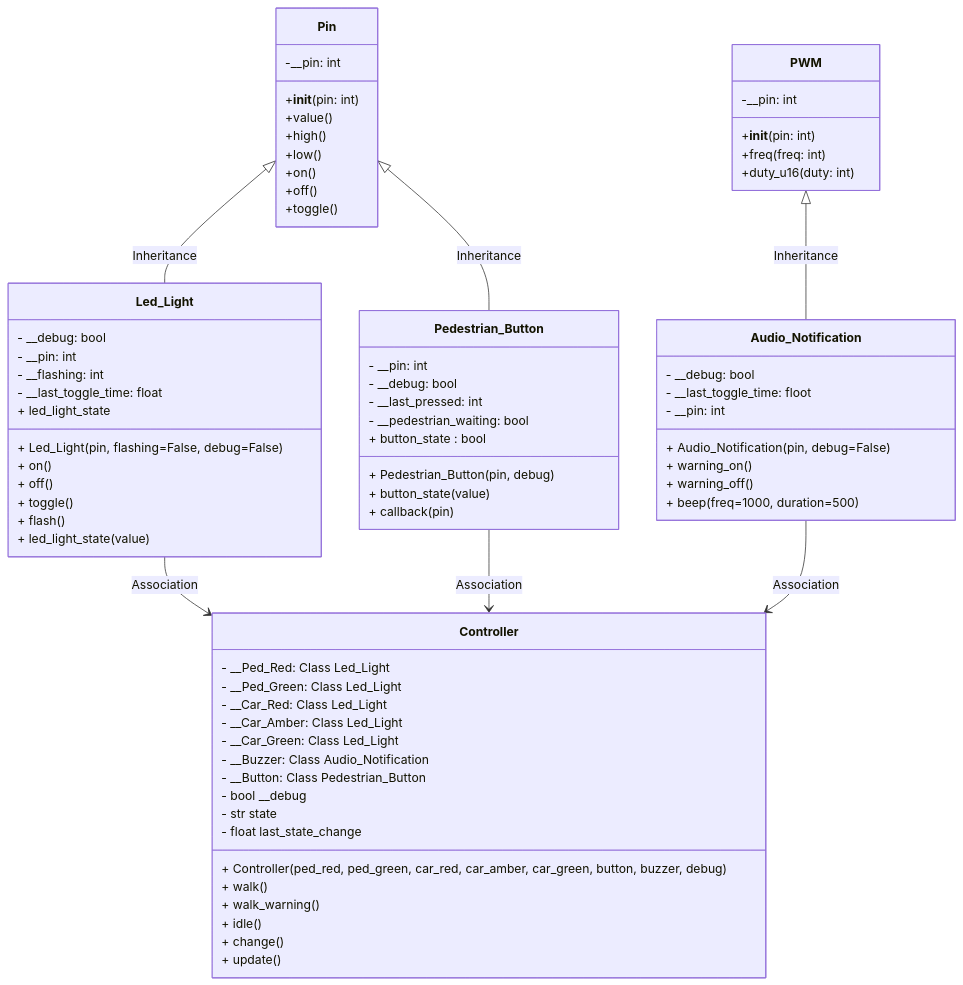
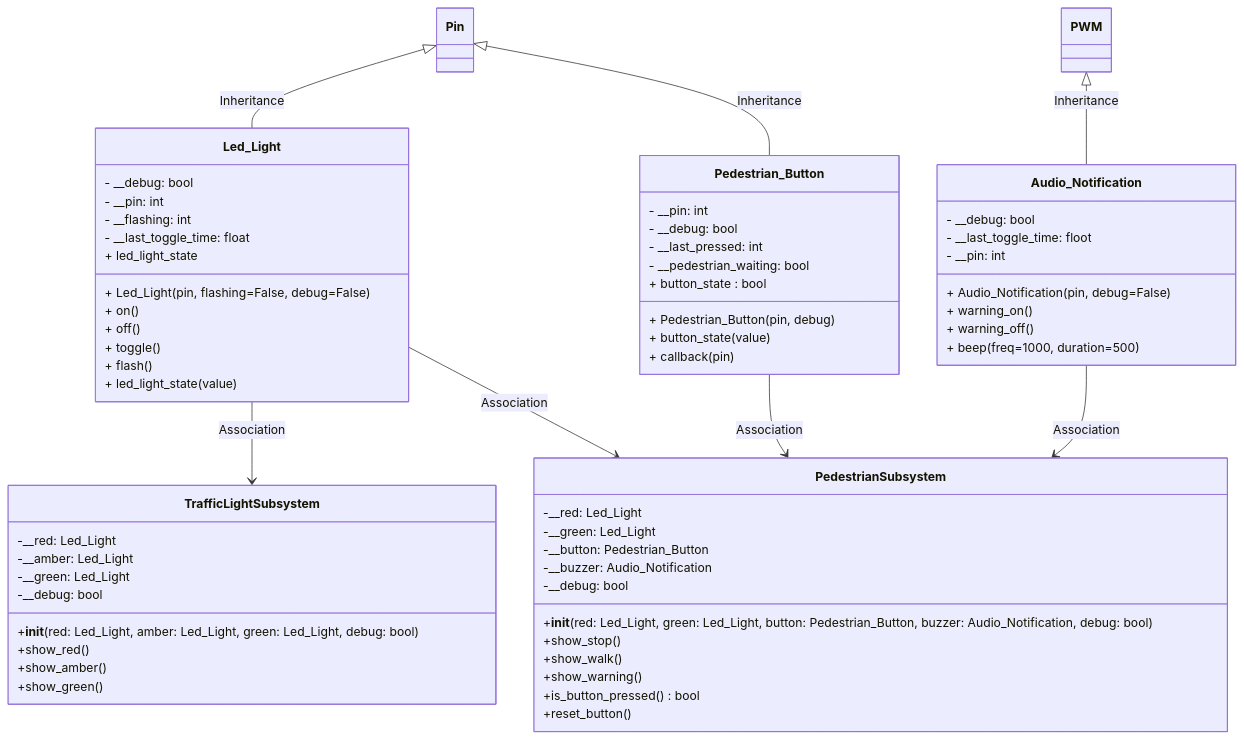
The second of 2 diagrams in tutorials/Lecture6.md (TempeHS/MicroPython_OOP_Pi_Pico_Mini_Project_Source), drawn with Mermaid before and after one commit. The commit also changed other lines of this file and 8 other files, not shown here.

````diff
--- a/tutorials/Lecture6.md
+++ b/tutorials/Lecture6.md
@@ -67,82 +69,75 @@
 ```mermaid
 classDiagram
     class Pin {
-        -__pin: int
-        +__init__(pin: int)
-        +value()
-        +high()
-        +low()
-        +on()
-        +off()
-        +toggle()
     }
 
     class PWM {
-        -__pin: int
-        +__init__(pin: int)
-        +freq(freq: int)
-        +duty_u16(duty: int)
     }
 
     class Audio_Notification {
         - __debug: bool
         - __last_toggle_time: floot
         - __pin: int
         + Audio_Notification(pin, debug=False)
         + warning_on()
         + warning_off()
         + beep(freq=1000, duration=500)
     }
     PWM <|-- Audio_Notification : Inheritance
 
     class Led_Light {
         - __debug: bool
         - __pin: int
         - __flashing: int
         - __last_toggle_time: float
         + Led_Light(pin, flashing=False, debug=False)
         + on()
         + off()
         + toggle()
         + flash()
         + led_light_state
         + led_light_state(value)
     }
     Pin <|-- Led_Light : Inheritance
 
     class Pedestrian_Button {
         - __pin: int
         - __debug: bool
         - __last_pressed: int
         - __pedestrian_waiting: bool
         + Pedestrian_Button(pin, debug)
         + button_state : bool
         + button_state(value)
         + callback(pin)
     }
     Pin <|-- Pedestrian_Button : Inheritance
 
-    class Controller {
-        - __Ped_Red: Class Led_Light
-        - __Ped_Green: Class Led_Light
-        - __Car_Red: Class Led_Light
-        - __Car_Amber: Class Led_Light
-        - __Car_Green: Class Led_Light
-        - __Buzzer: Class Audio_Notification
-        - __Button: Class Pedestrian_Button
-        - bool __debug
-        - str state
-        - float last_state_change
-        + Controller(ped_red, ped_green, car_red, car_amber, car_green, button, buzzer, debug)
-        + walk()
-        + walk_warning()
-        + idle()
-        + change()
-        + update()
+    class TrafficLightSubsystem {
+        -__red: Led_Light
+        -__amber: Led_Light
+        -__green: Led_Light
+        -__debug: bool
+        +__init__(red: Led_Light, amber: Led_Light, green: Led_Light, debug: bool)
+        +show_red()
+        +show_amber()
+        +show_green()
     }
+    Led_Light --> TrafficLightSubsystem : Association
 
-    Led_Light --> Controller : Association
-    Audio_Notification --> Controller : Association
-    Pedestrian_Button --> Controller : Association
-
+    class PedestrianSubsystem {
+        -__red: Led_Light
+        -__green: Led_Light
+        -__button: Pedestrian_Button
+        -__buzzer: Audio_Notification
+        -__debug: bool
+        +__init__(red: Led_Light, green: Led_Light, button: Pedestrian_Button, buzzer: Audio_Notification, debug: bool)
+        +show_stop()
+        +show_walk()
+        +show_warning()
+        +is_button_pressed() bool
+        +reset_button()
+    }
+    Led_Light --> PedestrianSubsystem : Association
+    Audio_Notification --> PedestrianSubsystem : Association
+    Pedestrian_Button --> PedestrianSubsystem : Association 
 ```
````
